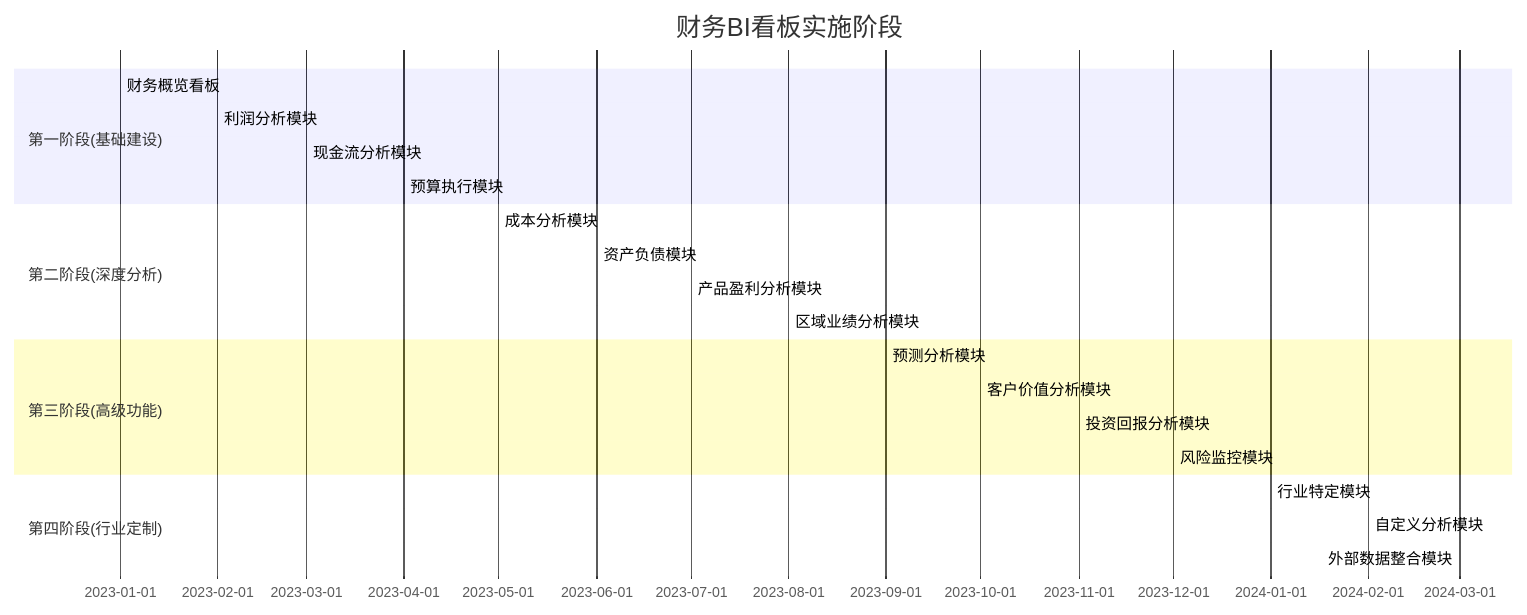
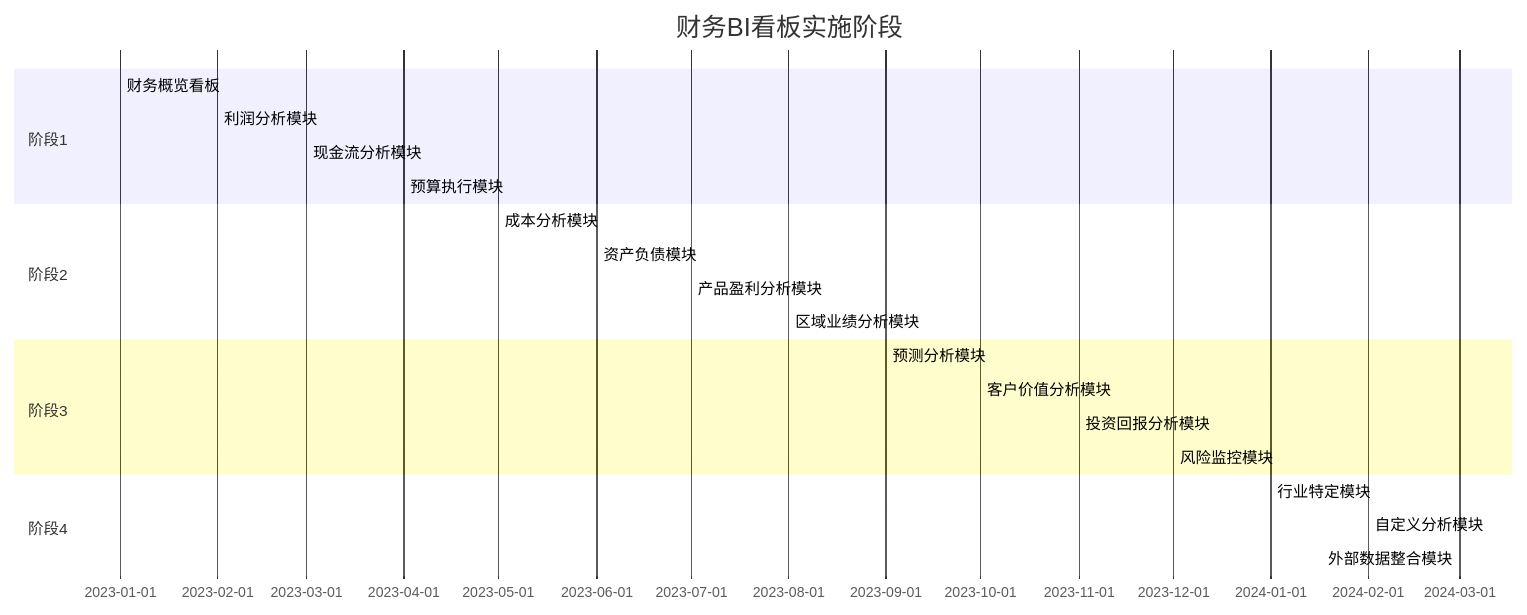
The third of 4 diagrams in src/site/notes/08-财务专业/财务BI看板项目/设计稿/布局规划/财务BI看板模块规划.md (amcoimg/my-digital-garden), drawn with Mermaid before and after one commit. The commit also changed other lines of this file and 2 other files, not shown here.

````diff
--- a/src/site/notes/08-财务专业/财务BI看板项目/设计稿/布局规划/财务BI看板模块规划.md
+++ b/src/site/notes/08-财务专业/财务BI看板项目/设计稿/布局规划/财务BI看板模块规划.md
@@ -188,27 +188,27 @@
 ```mermaid
 gantt
     title 财务BI看板实施阶段
     dateFormat  YYYY-MM
-    section 第一阶段(基础建设)
+    section 阶段1
     财务概览看板      :a1, 2023-01, 2m
     利润分析模块      :a2, 2023-02, 2m
     现金流分析模块    :a3, 2023-03, 2m
     预算执行模块      :a4, 2023-04, 2m
     
-    section 第二阶段(深度分析)
+    section 阶段2
     成本分析模块      :b1, 2023-05, 2m
     资产负债模块      :b2, 2023-06, 2m
     产品盈利分析模块  :b3, 2023-07, 2m
     区域业绩分析模块  :b4, 2023-08, 2m
     
-    section 第三阶段(高级功能)
+    section 阶段3
     预测分析模块      :c1, 2023-09, 2m
     客户价值分析模块  :c2, 2023-10, 2m
     投资回报分析模块  :c3, 2023-11, 2m
     风险监控模块      :c4, 2023-12, 2m
     
-    section 第四阶段(行业定制)
+    section 阶段4
     行业特定模块      :d1, 2024-01, 2m
     自定义分析模块    :d2, 2024-02, 2m
     外部数据整合模块  :d3, 2024-03, 2m
 ```
````
